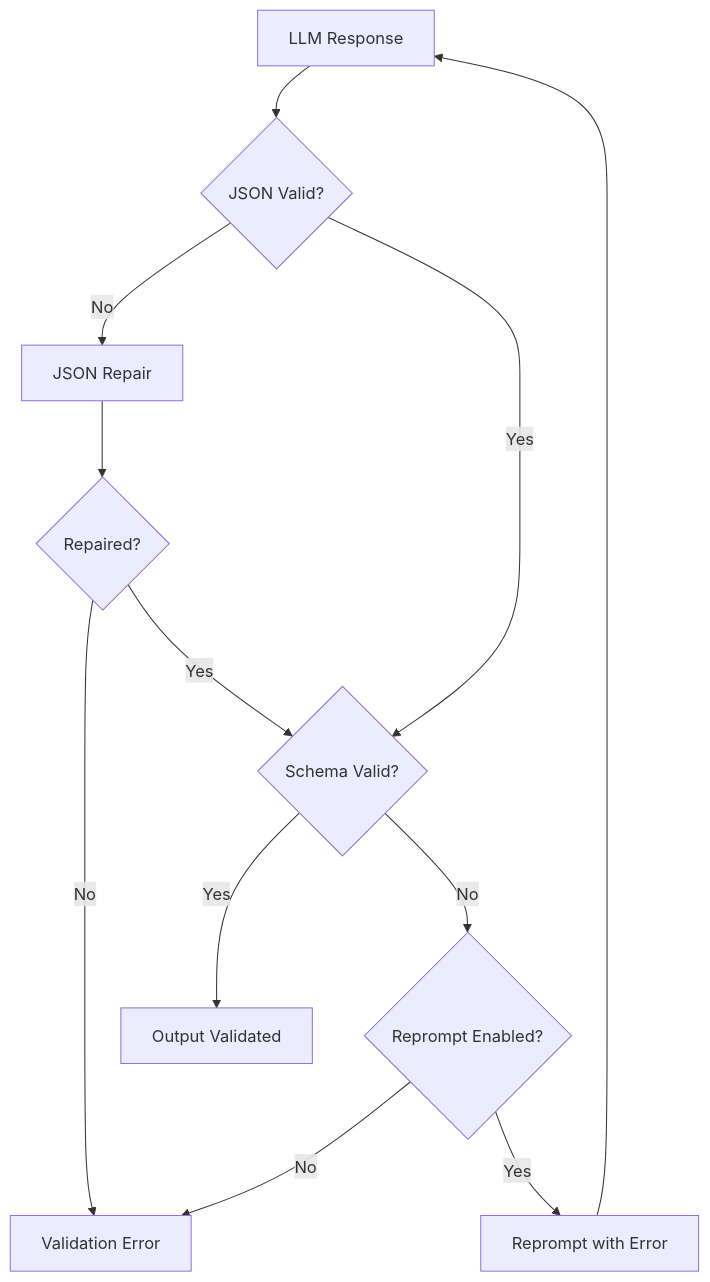
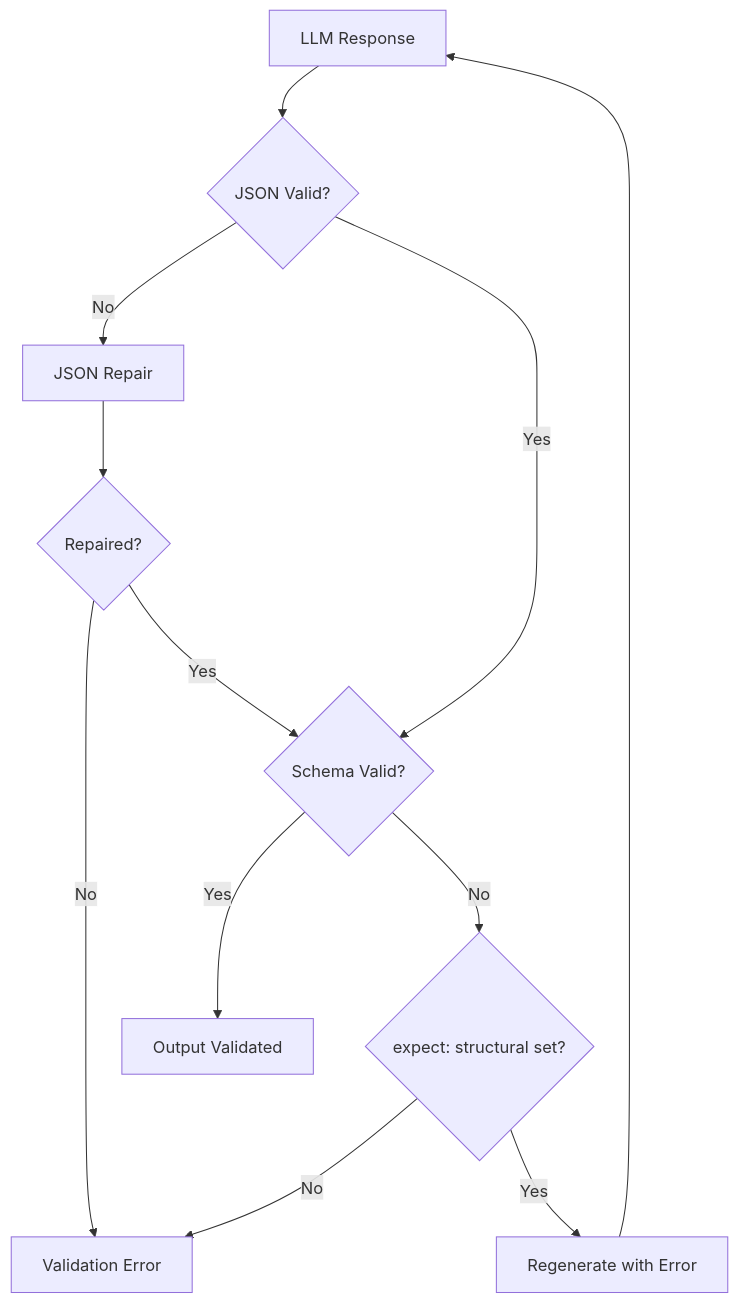
The diagram in docs.agent-actions/docs/reference/schemas/index.md (Muizzkolapo/agent-actions), drawn with Mermaid before and after one commit. The commit also changed other lines of this file and 8 other files, not shown here.

````diff
--- a/docs.agent-actions/docs/reference/schemas/index.md
+++ b/docs.agent-actions/docs/reference/schemas/index.md
@@ -464,14 +464,14 @@
 ```mermaid
 flowchart TD
     A[LLM Response] --> B{JSON Valid?}
     B -->|No| C[JSON Repair]
     C --> D{Repaired?}
     D -->|No| E[Validation Error]
     D -->|Yes| F{Schema Valid?}
     B -->|Yes| F
-    F -->|No| G{Reprompt Enabled?}
-    G -->|Yes| H[Reprompt with Error]
+    F -->|No| G{expect: structural set?}
+    G -->|Yes| H[Regenerate with Error]
     H --> A
     G -->|No| E
     F -->|Yes| I[Output Validated]
 ```
````
